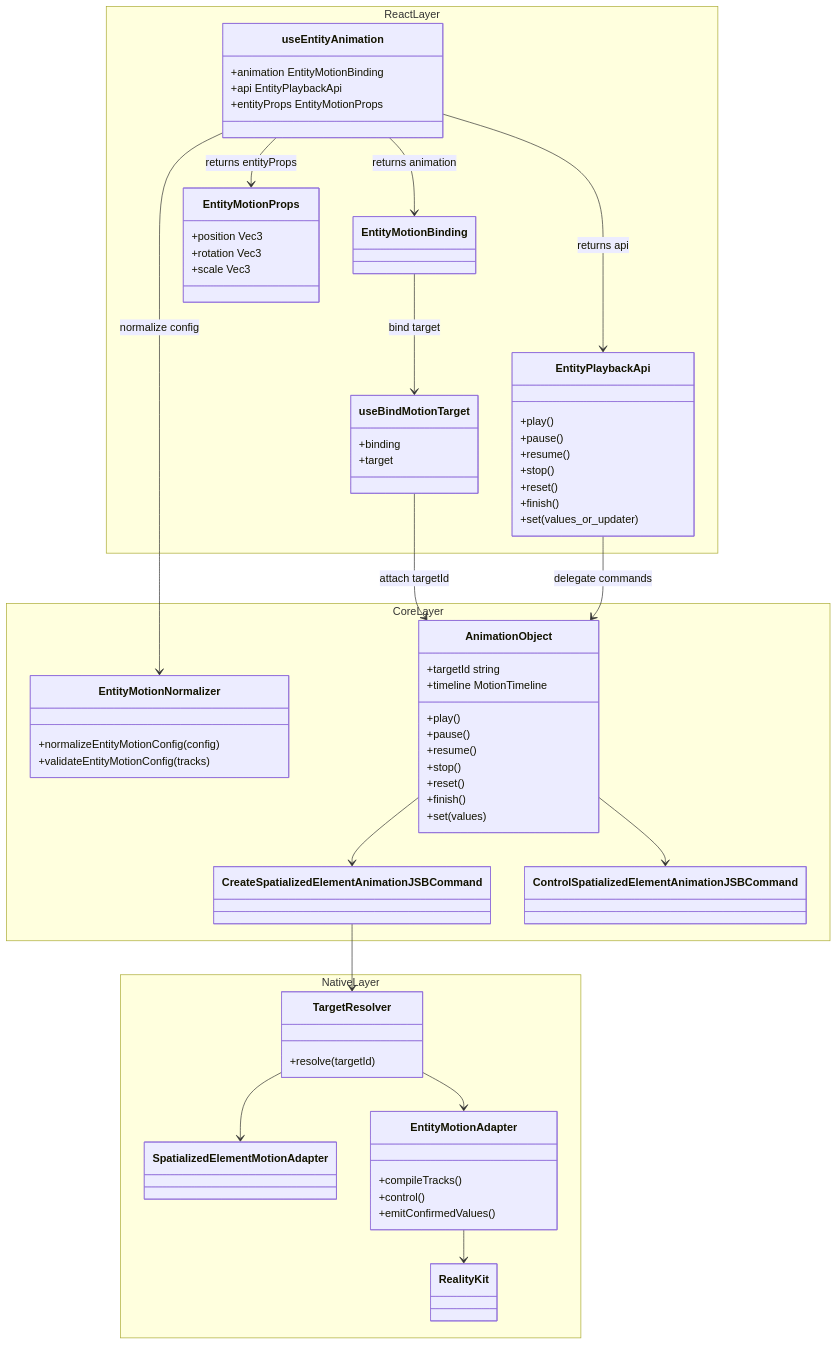
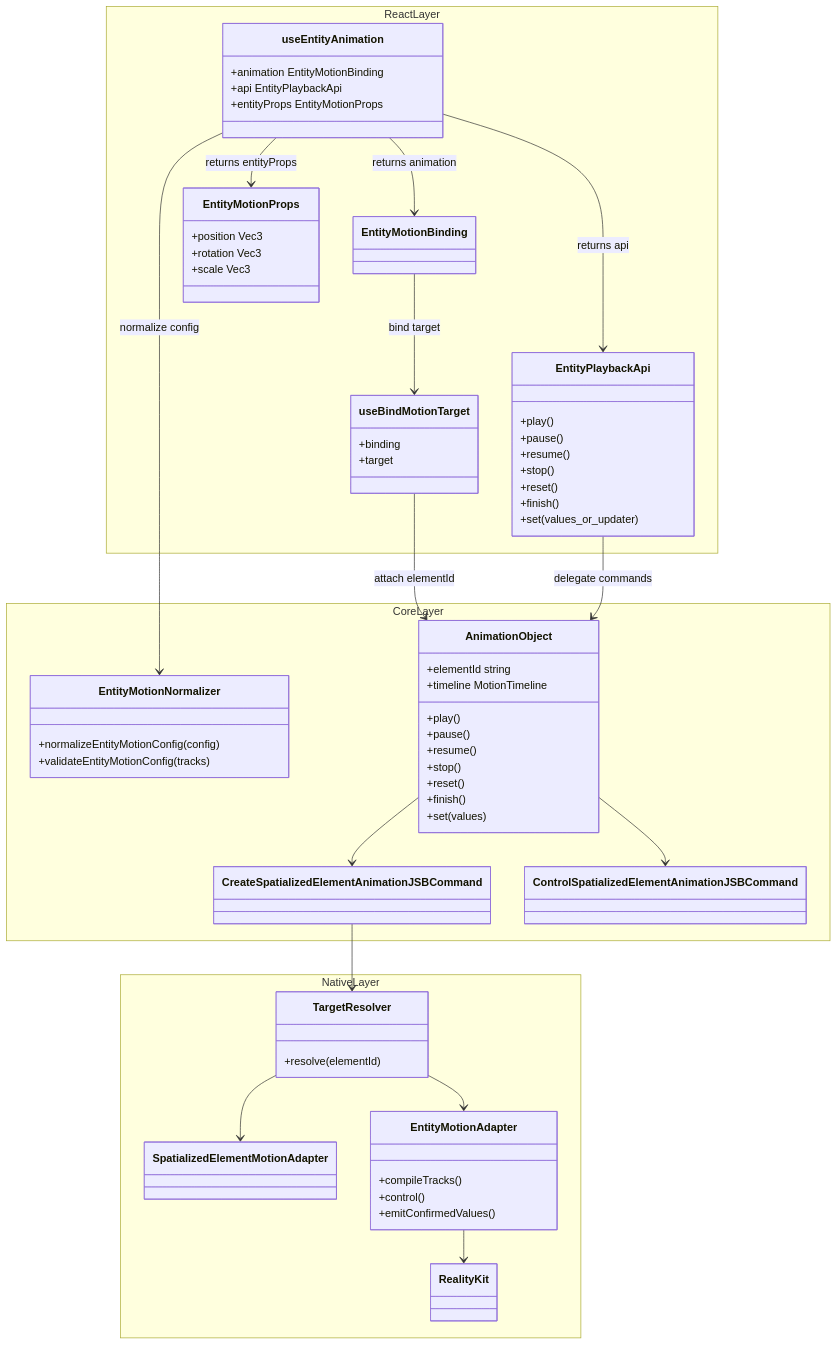
One commit to webspatial/webspatial-sdk changed the sixth of 6 diagrams in openspec/changes/redesign-entity-motion-api/design.zh.md. Above: the diagram before and after it, drawn with Mermaid. The commit also changed other lines of this file and 1 other file, not shown here.

````diff
--- a/openspec/changes/redesign-entity-motion-api/design.zh.md
+++ b/openspec/changes/redesign-entity-motion-api/design.zh.md
@@ -511,73 +513,73 @@
 ```mermaid
 classDiagram
     namespace ReactLayer {
         class useEntityAnimation {
             +animation EntityMotionBinding
             +api EntityPlaybackApi
             +entityProps EntityMotionProps
         }
         class EntityPlaybackApi {
             +play()
             +pause()
             +resume()
             +stop()
             +reset()
             +finish()
             +set(values_or_updater)
         }
         class EntityMotionBinding
         class EntityMotionProps {
             +position Vec3
             +rotation Vec3
             +scale Vec3
         }
         class useBindMotionTarget {
             +binding
             +target
         }
     }
     namespace CoreLayer {
         class EntityMotionNormalizer {
             +normalizeEntityMotionConfig(config)
             +validateEntityMotionConfig(tracks)
         }
         class AnimationObject {
-            +targetId string
+            +elementId string
             +timeline MotionTimeline
             +play()
             +pause()
             +resume()
             +stop()
             +reset()
             +finish()
             +set(values)
         }
         class CreateSpatializedElementAnimationJSBCommand
         class ControlSpatializedElementAnimationJSBCommand
     }
     namespace NativeLayer {
         class TargetResolver {
-            +resolve(targetId)
+            +resolve(elementId)
         }
         class SpatializedElementMotionAdapter
         class EntityMotionAdapter {
             +compileTracks()
             +control()
             +emitConfirmedValues()
         }
         class RealityKit
     }
     useEntityAnimation --> EntityMotionBinding : returns animation
     useEntityAnimation --> EntityPlaybackApi : returns api
     useEntityAnimation --> EntityMotionProps : returns entityProps
     useEntityAnimation --> EntityMotionNormalizer : normalize config
     EntityMotionBinding --> useBindMotionTarget : bind target
-    useBindMotionTarget --> AnimationObject : attach targetId
+    useBindMotionTarget --> AnimationObject : attach elementId
     EntityPlaybackApi --> AnimationObject : delegate commands
     AnimationObject --> CreateSpatializedElementAnimationJSBCommand
     AnimationObject --> ControlSpatializedElementAnimationJSBCommand
     CreateSpatializedElementAnimationJSBCommand --> TargetResolver
     TargetResolver --> SpatializedElementMotionAdapter
     TargetResolver --> EntityMotionAdapter
     EntityMotionAdapter --> RealityKit
 ```
````
